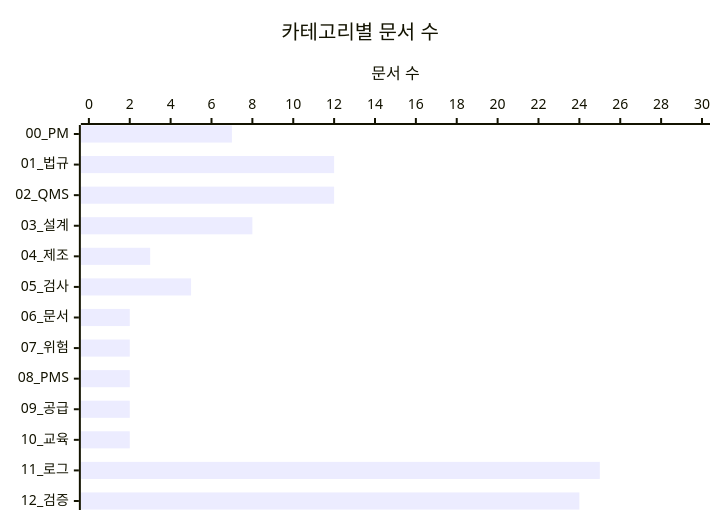
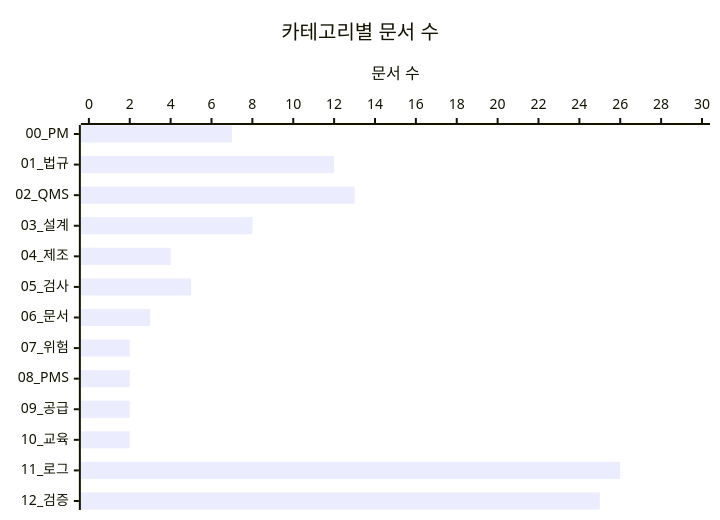
Before and after one commit to holee9/MD-process: the second of 4 diagrams in README.md, drawn with Mermaid. The commit also changed other lines of this file, not shown here.

````diff
--- a/README.md
+++ b/README.md
@@ -98,8 +98,8 @@
 ```mermaid
 %%{init: {"theme":"default"}}%%
 xychart-beta horizontal
     title "카테고리별 문서 수"
     x-axis ["00_PM","01_법규","02_QMS","03_설계","04_제조","05_검사","06_문서","07_위험","08_PMS","09_공급","10_교육","11_로그","12_검증"]
     y-axis "문서 수" 0 --> 30
-    bar [7,12,12,8,3,5,2,2,2,2,2,25,24]
+    bar [7,12,13,8,4,5,3,2,2,2,2,26,25]
 ```
````
